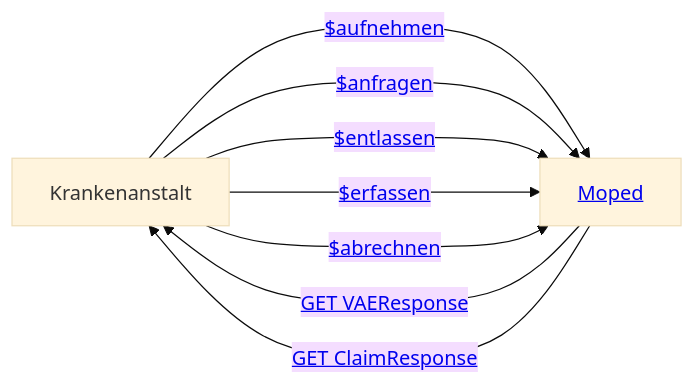
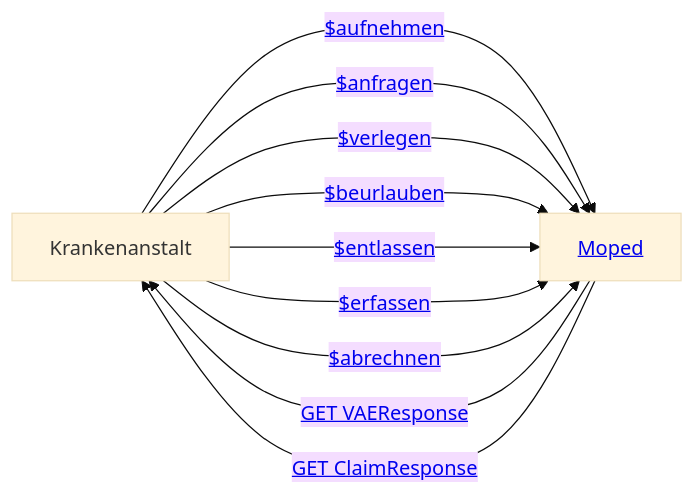
Before and after one commit to HL7Austria/ELGA-MOPED-R5: the second of 5 diagrams in input/pagecontent/actors.md, drawn with Mermaid (base theme). The commit also changed other lines of this file, not shown here.

Commit message:
#389 Akteurdiagramme aktualisieren

```diff
--- a/input/pagecontent/actors.md
+++ b/input/pagecontent/actors.md
@@ -38,12 +40,14 @@
 <pre class="mermaid">
     graph LR
     KH[Krankenanstalt]
     Moped[<a href="#top">Moped</a>] 
     KH --->|<a href="OperationDefinition-MOPED.Patient.Aufnehmen.html"> $aufnehmen</a>| Moped 
     KH -->|<a href="OperationDefinition-MOPED.VAERequest.Anfragen.html"> $anfragen</a>| Moped
+    KH -->|<a href="OperationDefinition-MOPED.Patient.Verlegen.html"> $verlegen</a>| Moped
+    KH -->|<a href="OperationDefinition-MOPED.Patient.Beurlauben.html"> $beurlauben</a>| Moped
     KH -->|<a href="OperationDefinition-MOPED.Patient.Entlassen.html"> $entlassen</a>| Moped 
     KH -->|<a href="OperationDefinition-MOPED.Encounter.erfassen.html">$erfassen</a>| Moped
     KH -->|<a href="OperationDefinition-MOPED.Encounter.Abrechnen.html"> $abrechnen</a>| Moped
     Moped -->|<a href="StructureDefinition-MopedVAEResponse.html"> GET VAEResponse</a>| KH
     Moped --->|<a href="StructureDefinition-MopedLKFResponse.html"> GET ClaimResponse</a>| KH
 </pre>
```
